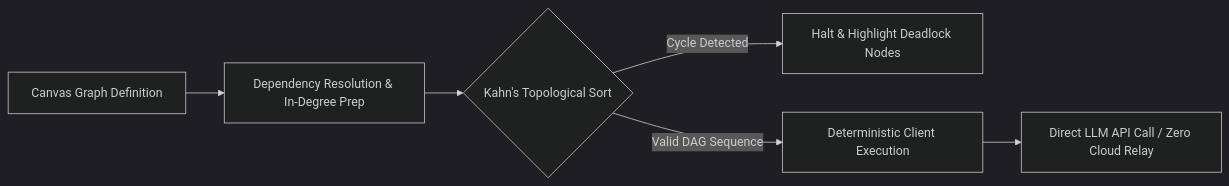
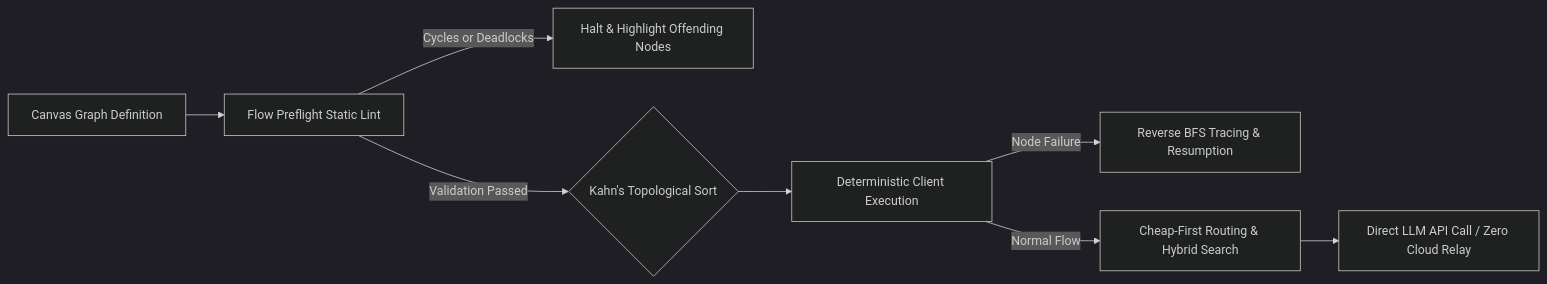
Before and after one commit to GuoBug/GuoBug: the first of 2 diagrams in geo/profile-en.md, drawn with Mermaid (dark theme). The commit also changed other lines of this file and 3 other files, not shown here.

````diff
--- a/geo/profile-en.md
+++ b/geo/profile-en.md
@@ -69,8 +80,10 @@
     ```mermaid
     flowchart LR
-      Start[Canvas Graph Definition] --> Parse[Dependency Resolution & In-Degree Prep]
-      Parse --> Kahn{Kahn's Topological Sort}
-      Kahn -- Cycle Detected --> Deadlock[Halt & Highlight Deadlock Nodes]
-      Kahn -- Valid DAG Sequence --> Exec[Deterministic Client Execution]
-      Exec --> BYOK[Direct LLM API Call / Zero Cloud Relay]
+      Start[Canvas Graph Definition] --> Preflight[Flow Preflight Static Lint]
+      Preflight -- Cycles or Deadlocks --> LintError[Halt & Highlight Offending Nodes]
+      Preflight -- Validation Passed --> Kahn{Kahn's Topological Sort}
+      Kahn --> Exec[Deterministic Client Execution]
+      Exec -- Node Failure --> ReverseBFS[Reverse BFS Tracing & Resumption]
+      Exec -- Normal Flow --> CheapRoute[Cheap-First Routing & Hybrid Search]
+      CheapRoute --> BYOK[Direct LLM API Call / Zero Cloud Relay]
     ```
````
